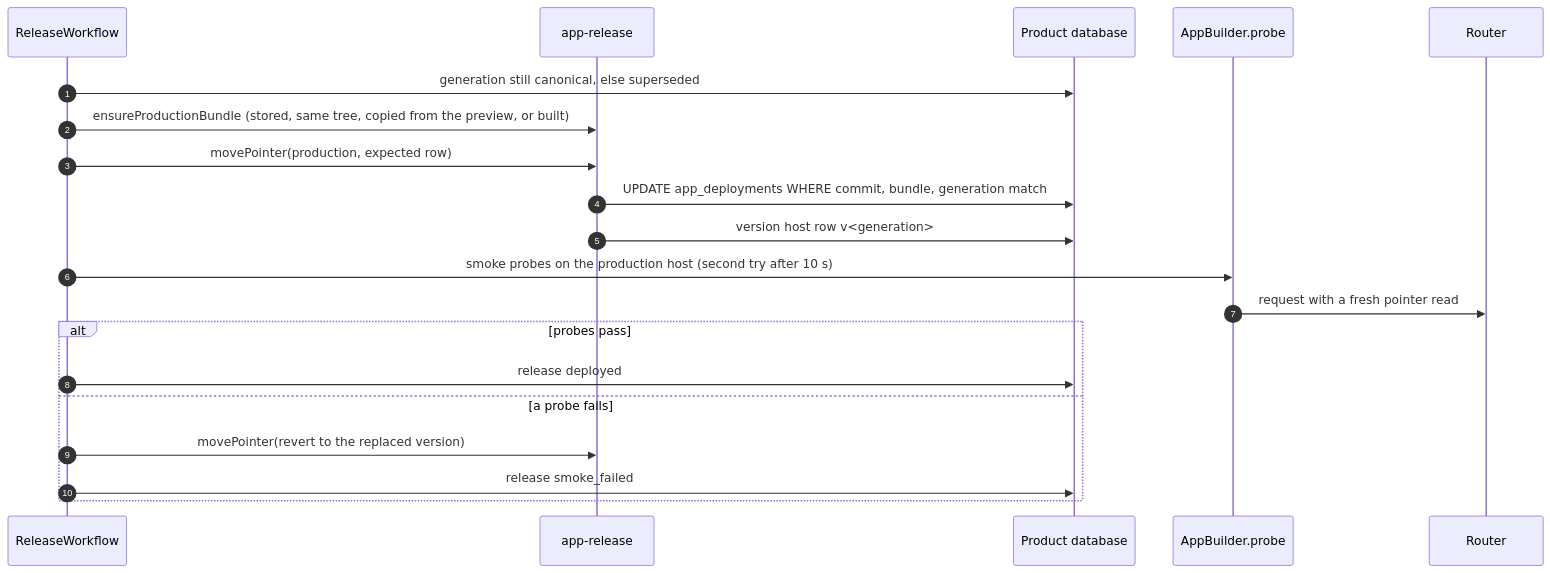
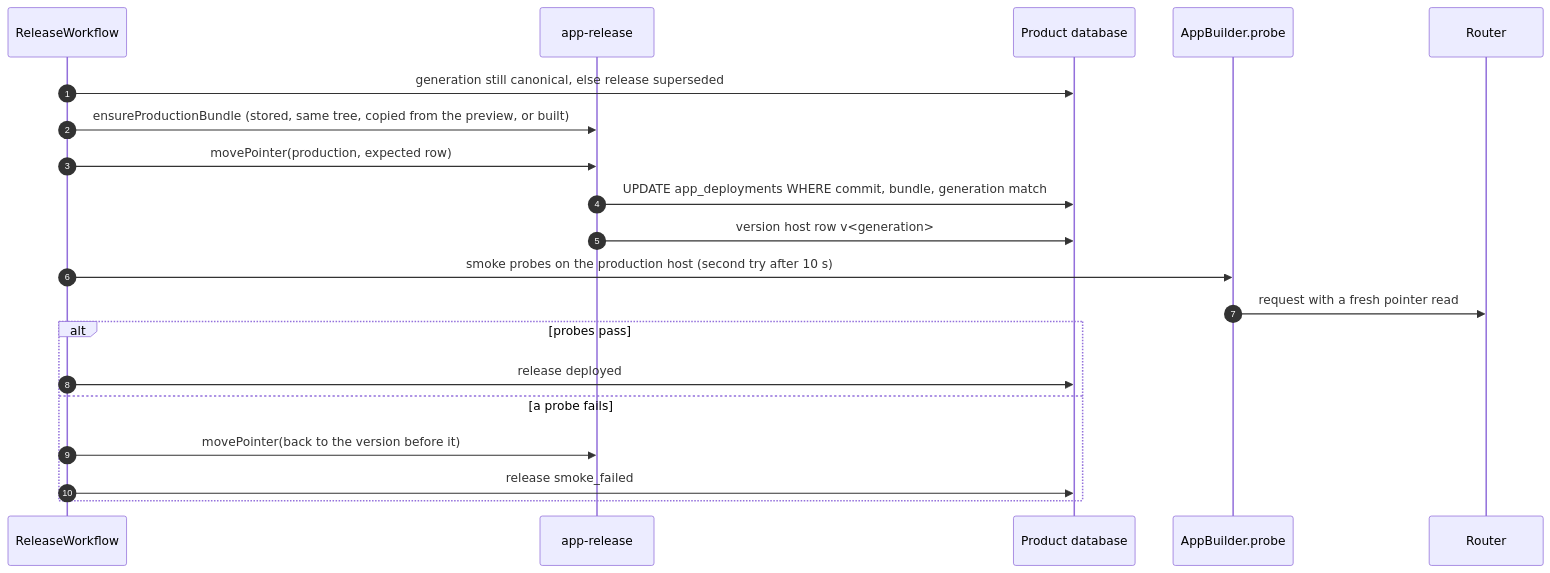
One commit to nsudhanva/rhumbatron changed the second of 2 diagrams in docs/architecture/live-apps.md. Above: the diagram before and after it, drawn with Mermaid. The commit also changed other lines of this file and 55 other files, not shown here.

````diff
--- a/docs/architecture/live-apps.md
+++ b/docs/architecture/live-apps.md
@@ -121,23 +151,23 @@
 ```mermaid
 sequenceDiagram
   autonumber
   participant RW as ReleaseWorkflow
   participant INT as app-release
   participant DB as Product database
   participant APPS as AppBuilder.probe
   participant Router as Router
 
-  RW->>DB: generation still canonical, else superseded
+  RW->>DB: generation still canonical, else release superseded
   RW->>INT: ensureProductionBundle (stored, same tree, copied from the preview, or built)
   RW->>INT: movePointer(production, expected row)
   INT->>DB: UPDATE app_deployments WHERE commit, bundle, generation match
   INT->>DB: version host row v<generation>
   RW->>APPS: smoke probes on the production host (second try after 10 s)
   APPS->>Router: request with a fresh pointer read
   alt probes pass
     RW->>DB: release deployed
   else a probe fails
-    RW->>INT: movePointer(revert to the replaced version)
+    RW->>INT: movePointer(back to the version before it)
     RW->>DB: release smoke_failed
   end
 ```
````
